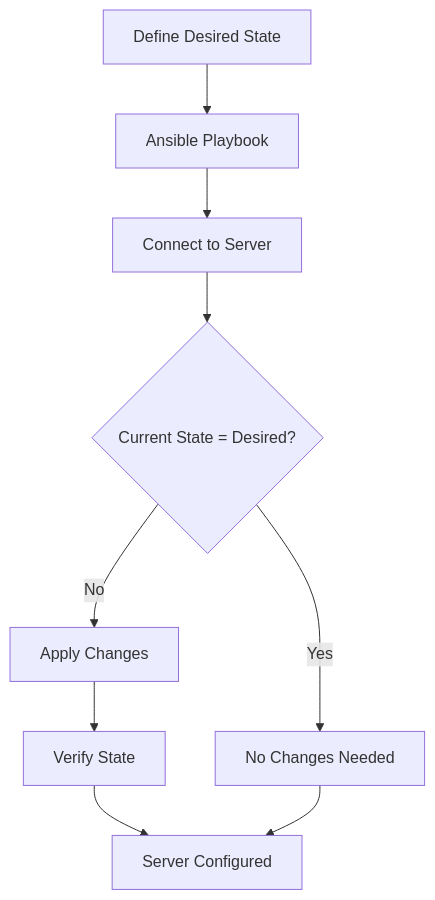
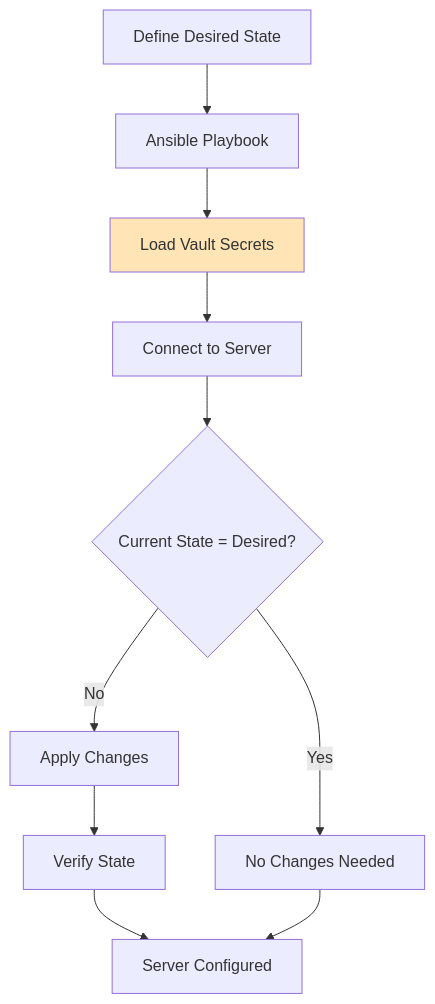
The fifth of 8 diagrams in docs/projects/vserver-setup.md (4gh0rn/dev-blog), drawn with Mermaid before and after one commit. The commit also changed other lines of this file and 17 other files, not shown here.

````diff
--- a/docs/projects/vserver-setup.md
+++ b/docs/projects/vserver-setup.md
@@ -145,11 +225,14 @@
 ```mermaid
 flowchart TD
     A[Define Desired State] --> B[Ansible Playbook]
-    B --> C[Connect to Server]
-    C --> D{Current State = Desired?}
-    D -->|Yes| E[No Changes Needed]
-    D -->|No| F[Apply Changes]
-    F --> G[Verify State]
-    G --> H[Server Configured]
-    E --> H
+    B --> C[Load Vault Secrets]
+    C --> D[Connect to Server]
+    D --> E{Current State = Desired?}
+    E -->|Yes| F[No Changes Needed]
+    E -->|No| G[Apply Changes]
+    G --> H[Verify State]
+    H --> I[Server Configured]
+    F --> I
+    
+    style C fill:#FFE4B5
 ```
````
